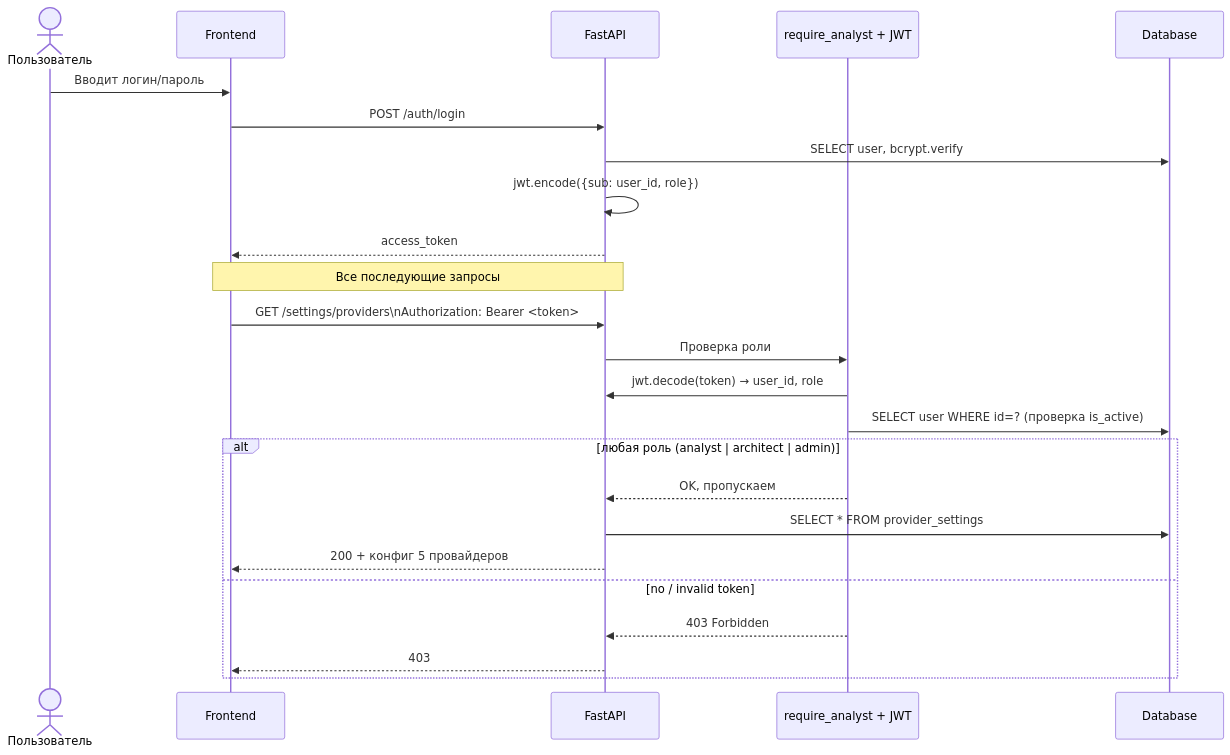
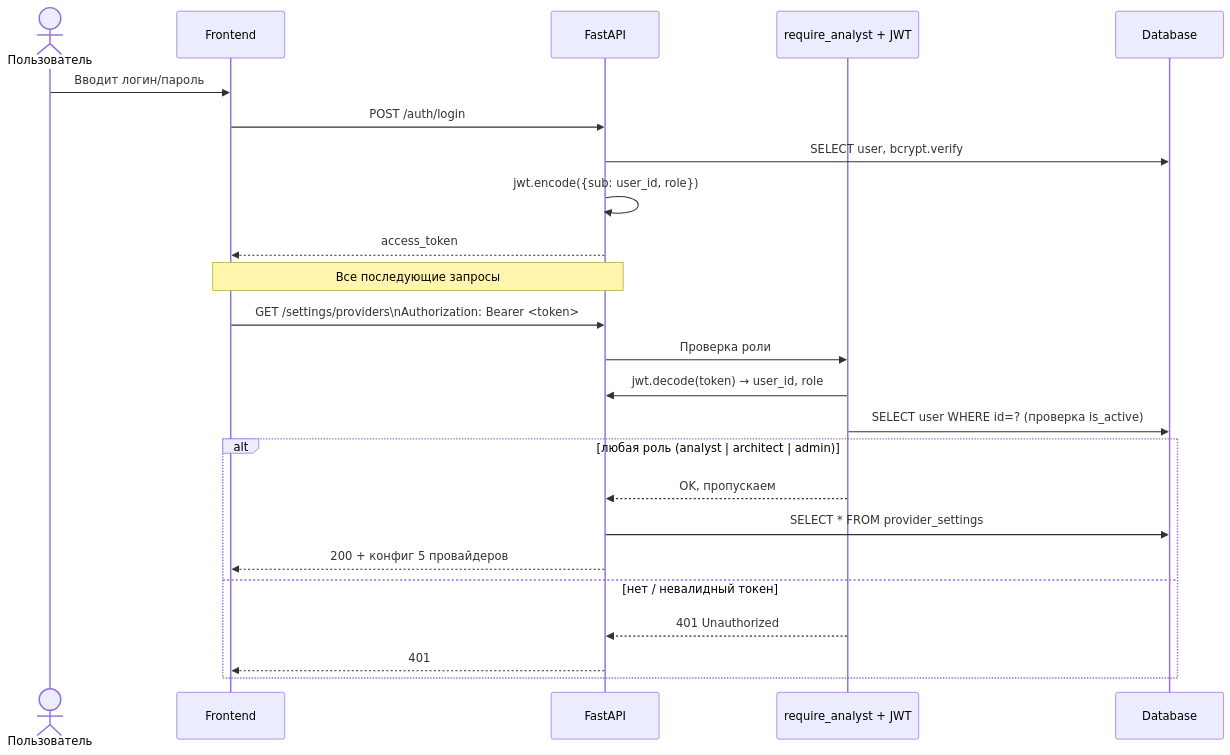
One commit to MatveiV/Analyst-Architect-AI changed the second of 2 diagrams in docs/admin-guide-ru.md. Above: the diagram before and after it, drawn with Mermaid. The commit also changed other lines of this file and 20 other files, not shown here.

````diff
--- a/docs/admin-guide-ru.md
+++ b/docs/admin-guide-ru.md
@@ -400,28 +400,28 @@
 ```mermaid
 sequenceDiagram
     actor U as Пользователь
     participant FE as Frontend
     participant API as FastAPI
     participant Dep as require_analyst + JWT
     participant DB as Database
 
     U->>FE: Вводит логин/пароль
     FE->>API: POST /auth/login
     API->>DB: SELECT user, bcrypt.verify
     API->>API: jwt.encode({sub: user_id, role})
     API-->>FE: access_token
 
     Note over FE,API: Все последующие запросы
     FE->>API: GET /settings/providers\nAuthorization: Bearer <token>
     API->>Dep: Проверка роли
     Dep->>API: jwt.decode(token) → user_id, role
     Dep->>DB: SELECT user WHERE id=? (проверка is_active)
     alt любая роль (analyst | architect | admin)
         Dep-->>API: OK, пропускаем
         API->>DB: SELECT * FROM provider_settings
         API-->>FE: 200 + конфиг 5 провайдеров
-    else no / invalid token
-        Dep-->>API: 403 Forbidden
-        API-->>FE: 403
+    else нет / невалидный токен
+        Dep-->>API: 401 Unauthorized
+        API-->>FE: 401
     end
 ```
````
